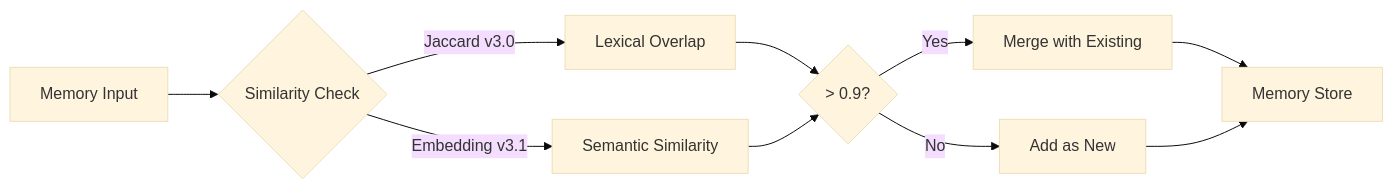
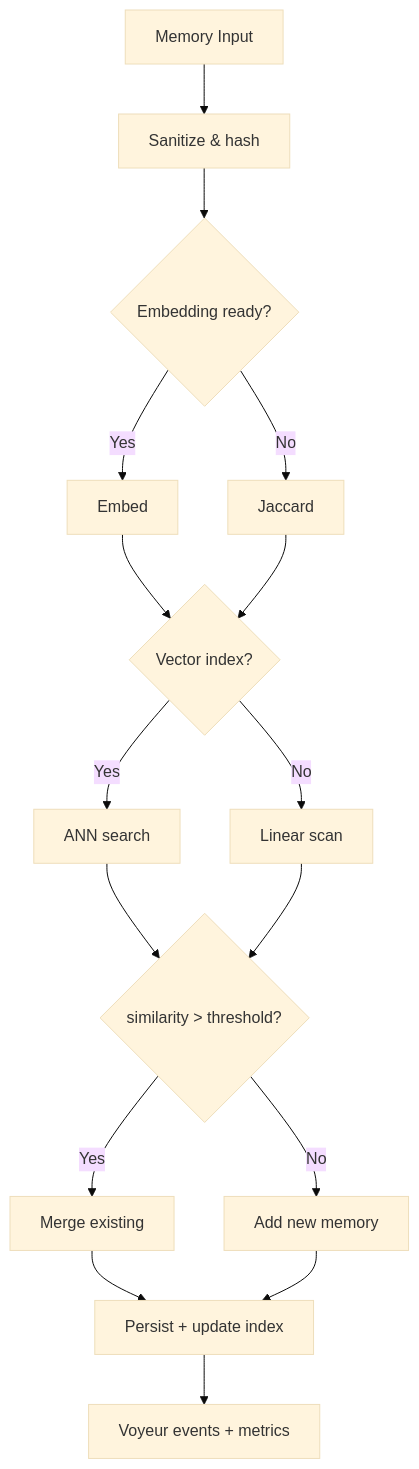
Before and after one commit to Replicant-Partners/Chrysalis: the fourth of 8 diagrams in ARCHITECTURE.md, drawn with Mermaid (base theme). The commit also changed other lines of this file and 6 other files, not shown here.

Commit message:
docs: add observability guide, sanitization policy, updated diagrams

````diff
--- a/ARCHITECTURE.md
+++ b/ARCHITECTURE.md
@@ -133,15 +141,18 @@
 ```mermaid
-graph LR
-    A[Memory Input] --> B{Similarity Check}
-    B -->|Jaccard v3.0| C[Lexical Overlap]
-    B -->|Embedding v3.1| D[Semantic Similarity]
-    
-    C --> E{> 0.9?}
-    D --> E
-    
-    E -->|Yes| F[Merge with Existing]
-    E -->|No| G[Add as New]
-    
-    F --> H[Memory Store]
-    G --> H
+flowchart TD
+    In[Memory Input] --> San[Sanitize & hash]
+    San --> Sel{Embedding ready?}
+    Sel -->|Yes| Emb[Embed]
+    Sel -->|No| Jac[Jaccard]
+    Emb --> ANN{Vector index?}
+    Jac --> ANN
+    ANN -->|Yes| Search[ANN search]
+    ANN -->|No| Scan[Linear scan]
+    Search --> Sim{similarity > threshold?}
+    Scan --> Sim
+    Sim -->|Yes| Merge[Merge existing]
+    Sim -->|No| Add[Add new memory]
+    Merge --> Store[Persist + update index]
+    Add --> Store
+    Store --> Obs[Voyeur events + metrics]
 ```
````
